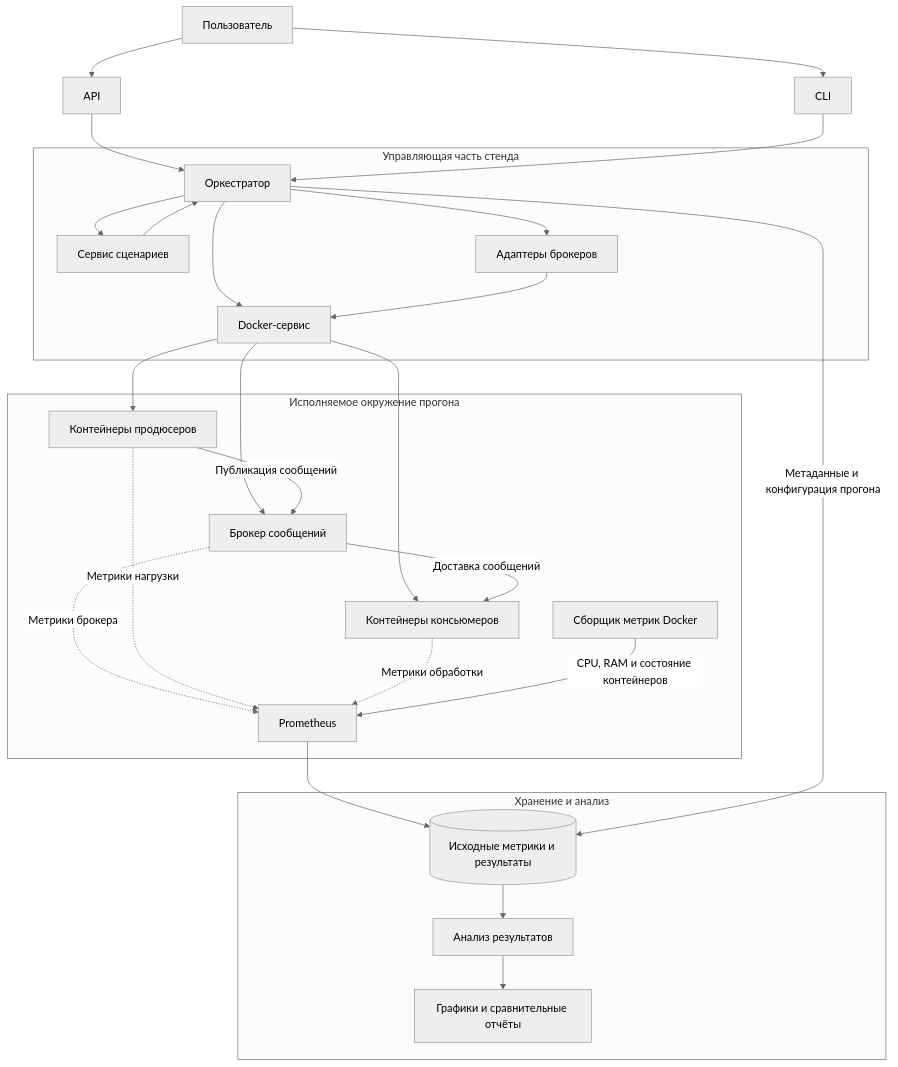
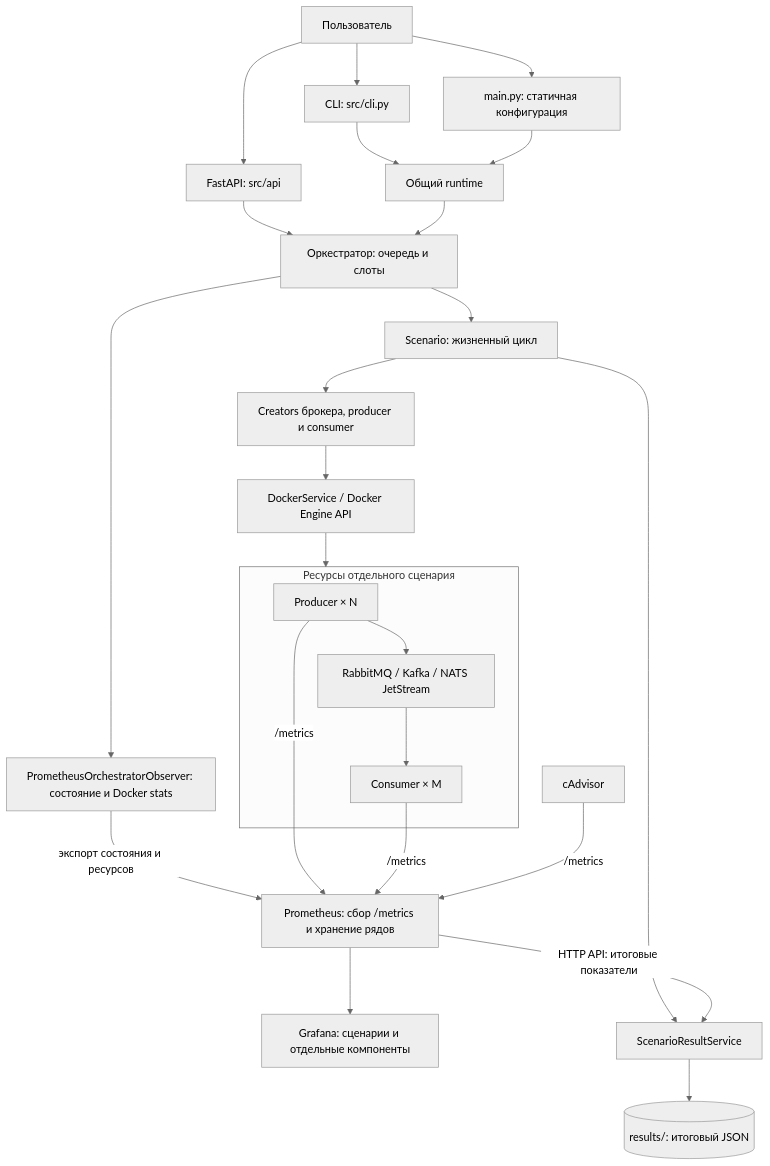
Before and after one commit to jojiiikol/itmo-python: the diagram in task/docs/analyze_articles.md, drawn with Mermaid (neutral theme). The commit also changed other lines of this file, not shown here.

````diff
--- a/task/docs/analyze_articles.md
+++ b/task/docs/analyze_articles.md
@@ -207,57 +170,44 @@
 ```mermaid
 flowchart TB
     USER["Пользователь"]
-    API["API"]
-    CLI["CLI"]
-
-    subgraph CONTROL["Управляющая часть стенда"]
-        ORCH["Оркестратор"]
-        SCEN["Сервис сценариев"]
-        DOCKER["Docker-сервис"]
-        ADAPTER["Адаптеры брокеров"]
+    API["FastAPI: src/api"]
+    CLI["CLI: src/cli.py"]
+    MAIN["main.py: статичная конфигурация"]
+    RUNTIME["Общий runtime"]
+    ORCH["Оркестратор: очередь и слоты"]
+    SCEN["Scenario: жизненный цикл"]
+    CREATORS["Creators брокера, producer и consumer"]
+    DOCKER["DockerService / Docker Engine API"]
+    subgraph RUN["Ресурсы отдельного сценария"]
+        PROD["Producer × N"]
+        BROKER["RabbitMQ / Kafka / NATS JetStream"]
+        CONS["Consumer × M"]
     end
-
-    subgraph EXEC["Исполняемое окружение прогона"]
-        BROKER["Брокер сообщений"]
-        PROD["Контейнеры продюсеров"]
-        CONS["Контейнеры консьюмеров"]
-        PROM["Prometheus"]
-        EXPORTER["Сборщик метрик Docker"]
-    end
-
-    subgraph RESULTS["Хранение и анализ"]
-        RAW[("Исходные метрики и результаты")]
-        ANALYSIS["Анализ результатов"]
-        REPORT["Графики и сравнительные отчёты"]
-    end
-
+    OBS["PrometheusOrchestratorObserver: состояние и Docker stats"]
+    PROM["Prometheus: сбор /metrics и хранение рядов"]
+    CAD["cAdvisor"]
+    GRAF["Grafana: сценарии и отдельные компоненты"]
+    RESULTS["ScenarioResultService"]
+    JSON[("results/: итоговый JSON")]
     USER --> API
     USER --> CLI
+    USER --> MAIN
     API --> ORCH
-    CLI --> ORCH
-
+    CLI --> RUNTIME
+    MAIN --> RUNTIME
+    RUNTIME --> ORCH
     ORCH --> SCEN
-    ORCH --> DOCKER
-    ORCH --> ADAPTER
-
-    SCEN --> ORCH
-    ADAPTER --> DOCKER
-
-    DOCKER --> BROKER
-    DOCKER --> PROD
-    DOCKER --> CONS
-
-    PROD -->|"Публикация сообщений"| BROKER
-    BROKER -->|"Доставка сообщений"| CONS
-
-    BROKER -.->|"Метрики брокера"| PROM
-    PROD -.->|"Метрики нагрузки"| PROM
-    CONS -.->|"Метрики обработки"| PROM
-    EXPORTER -->|"CPU, RAM и состояние контейнеров"| PROM
-
-    PROM --> RAW
-    ORCH -->|"Метаданные и конфигурация прогона"| RAW
-
-    RAW --> ANALYSIS
-    ANALYSIS --> REPORT
+    SCEN --> CREATORS
+    CREATORS --> DOCKER
+    DOCKER --> RUN
+    PROD --> BROKER --> CONS
+    ORCH --> OBS
+    OBS -->|"экспорт состояния и ресурсов"| PROM
+    PROD -->|"/metrics"| PROM
+    CONS -->|"/metrics"| PROM
+    CAD -->|"/metrics"| PROM
+    PROM --> GRAF
+    SCEN --> RESULTS
+    PROM -->|"HTTP API: итоговые показатели"| RESULTS
+    RESULTS --> JSON
 ```
````
